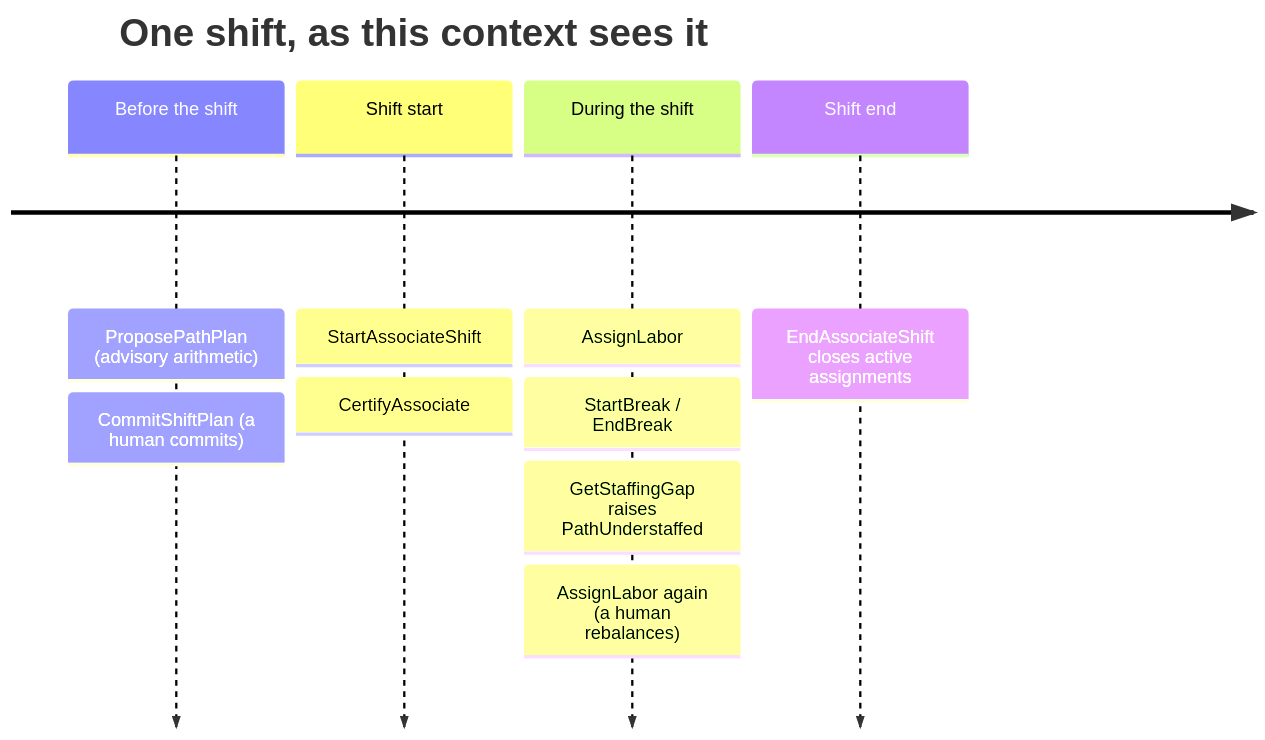
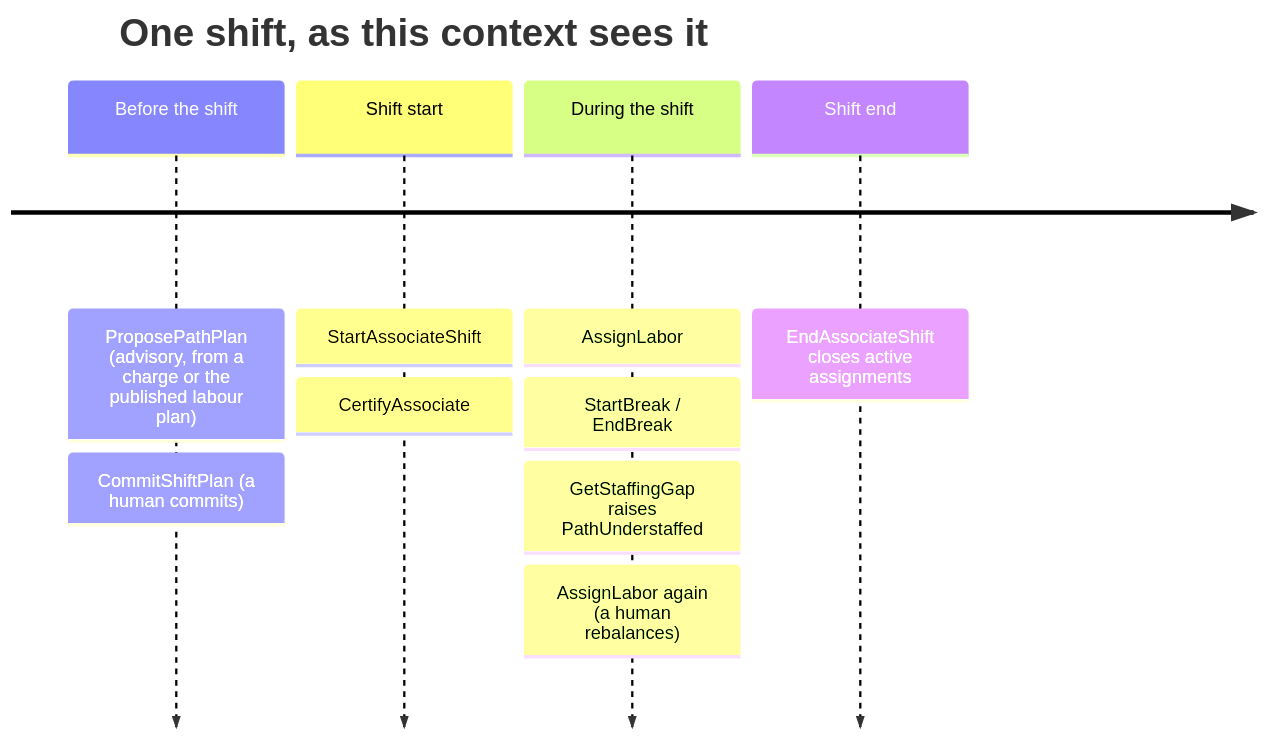
The diagram in docs/contexts/workforce-management/business-context.md (IQVO/warehouse-docs), drawn with Mermaid before and after one commit. The commit also changed other lines of this file and 13 other files, not shown here.

````diff
--- a/docs/contexts/workforce-management/business-context.md
+++ b/docs/contexts/workforce-management/business-context.md
@@ -76,8 +82,8 @@
 ```mermaid
 timeline
   title One shift, as this context sees it
-  Before the shift : ProposePathPlan (advisory arithmetic) : CommitShiftPlan (a human commits)
+  Before the shift : ProposePathPlan (advisory, from a charge or the published labour plan) : CommitShiftPlan (a human commits)
   Shift start : StartAssociateShift : CertifyAssociate
   During the shift : AssignLabor : StartBreak / EndBreak : GetStaffingGap raises PathUnderstaffed : AssignLabor again (a human rebalances)
   Shift end : EndAssociateShift closes active assignments
 ```
````
